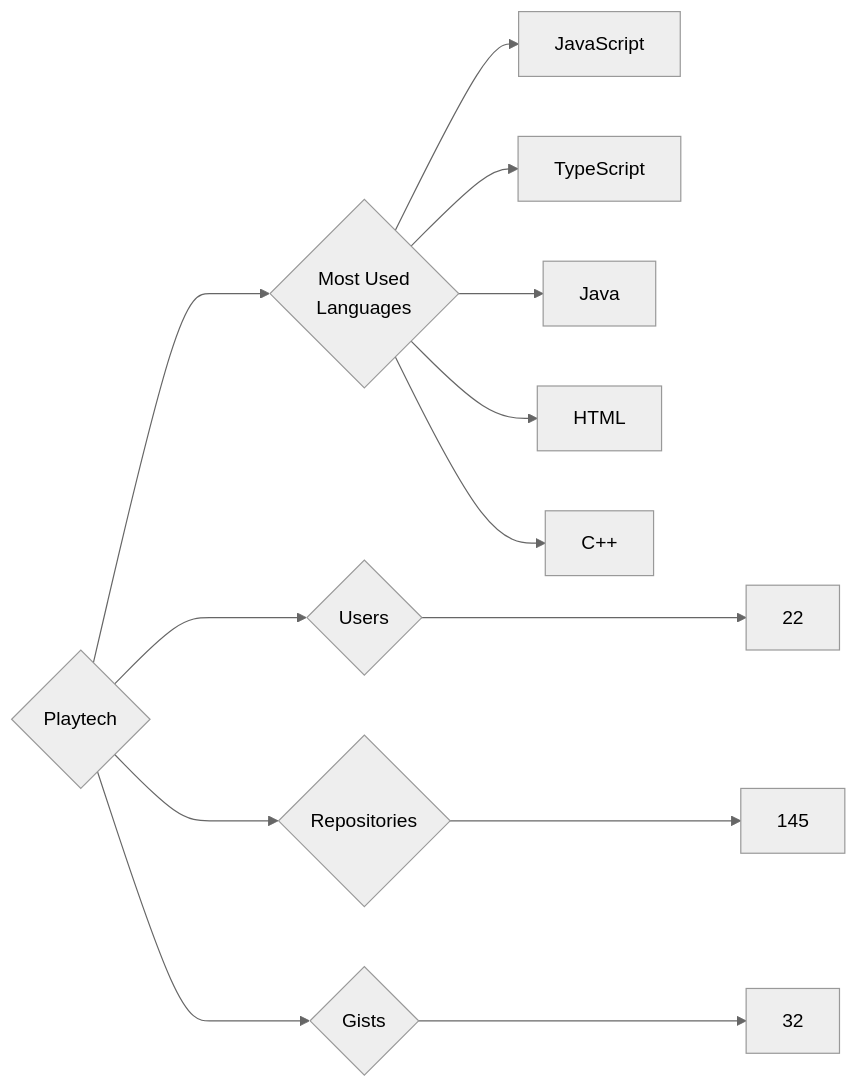
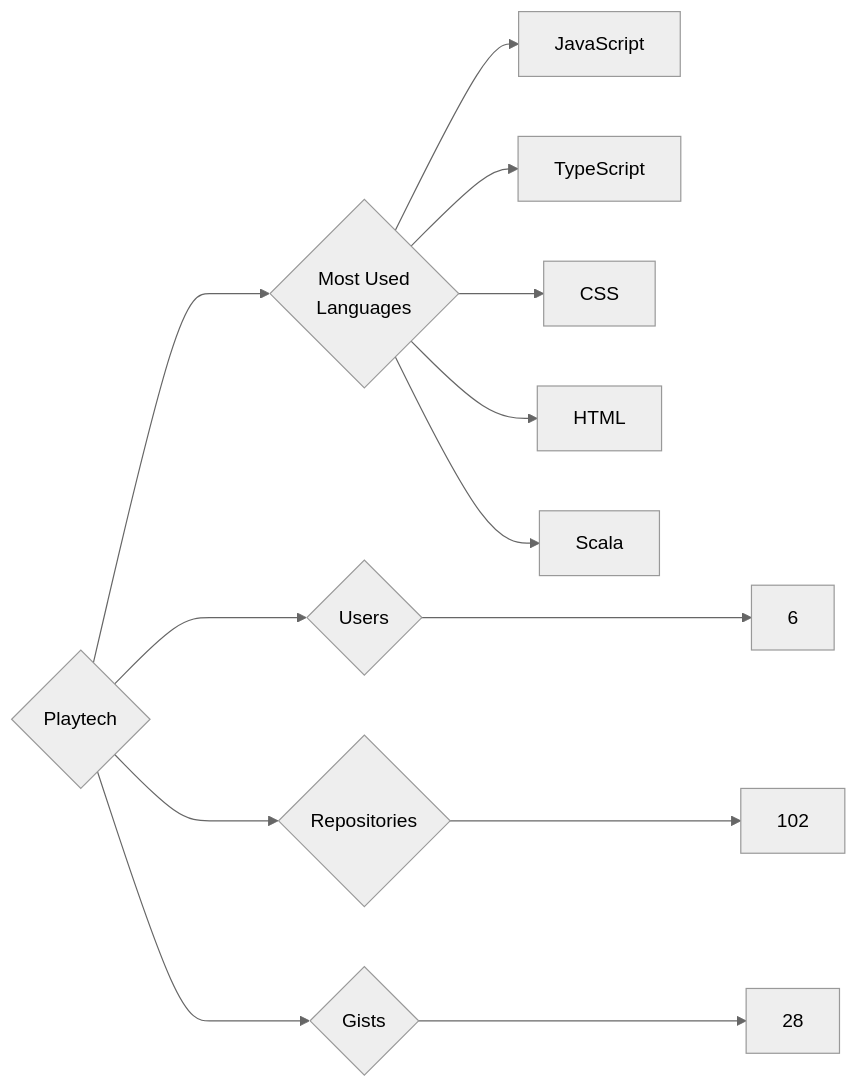
Before and after one commit to trickest/insiders: the diagram in targets/Playtech/README.md, drawn with Mermaid (neutral theme). The commit also changed 976 other files, not shown here.

````diff
--- a/targets/Playtech/README.md
+++ b/targets/Playtech/README.md
@@ -3,13 +3,13 @@
 ```mermaid
 graph LR
 COMPANY_NAME{Playtech}
-COMPANY_NAME ---> U{Users} ---> UN[22]
-COMPANY_NAME ---> R{Repositories} ---> RN[145]
-COMPANY_NAME ---> G{Gists} ---> GN[32]
+COMPANY_NAME ---> U{Users} ---> UN[6]
+COMPANY_NAME ---> R{Repositories} ---> RN[102]
+COMPANY_NAME ---> G{Gists} ---> GN[28]
 COMPANY_NAME ---> ML{Most Used<br>Languages}
 ML --> JavaScript[JavaScript]
 ML --> TypeScript[TypeScript]
-ML --> Java[Java]
+ML --> CSS[CSS]
 ML --> HTML[HTML]
-ML --> C++[C++]
+ML --> Scala[Scala]
 ```
````
